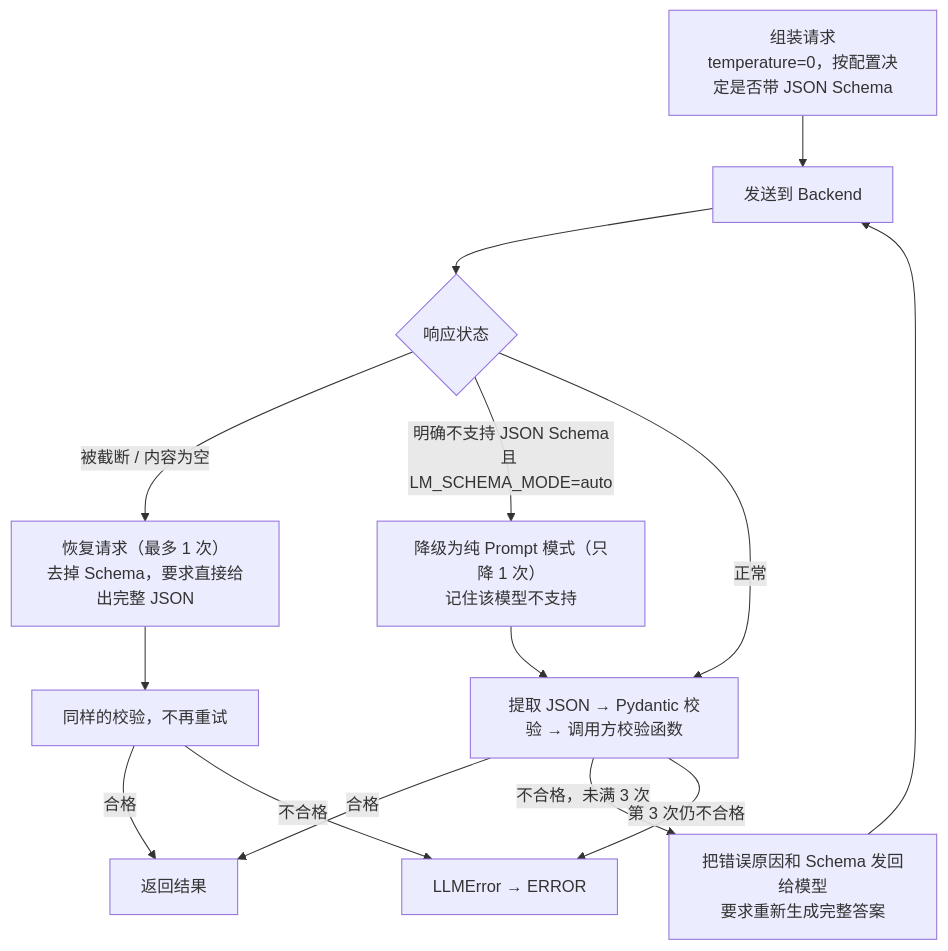
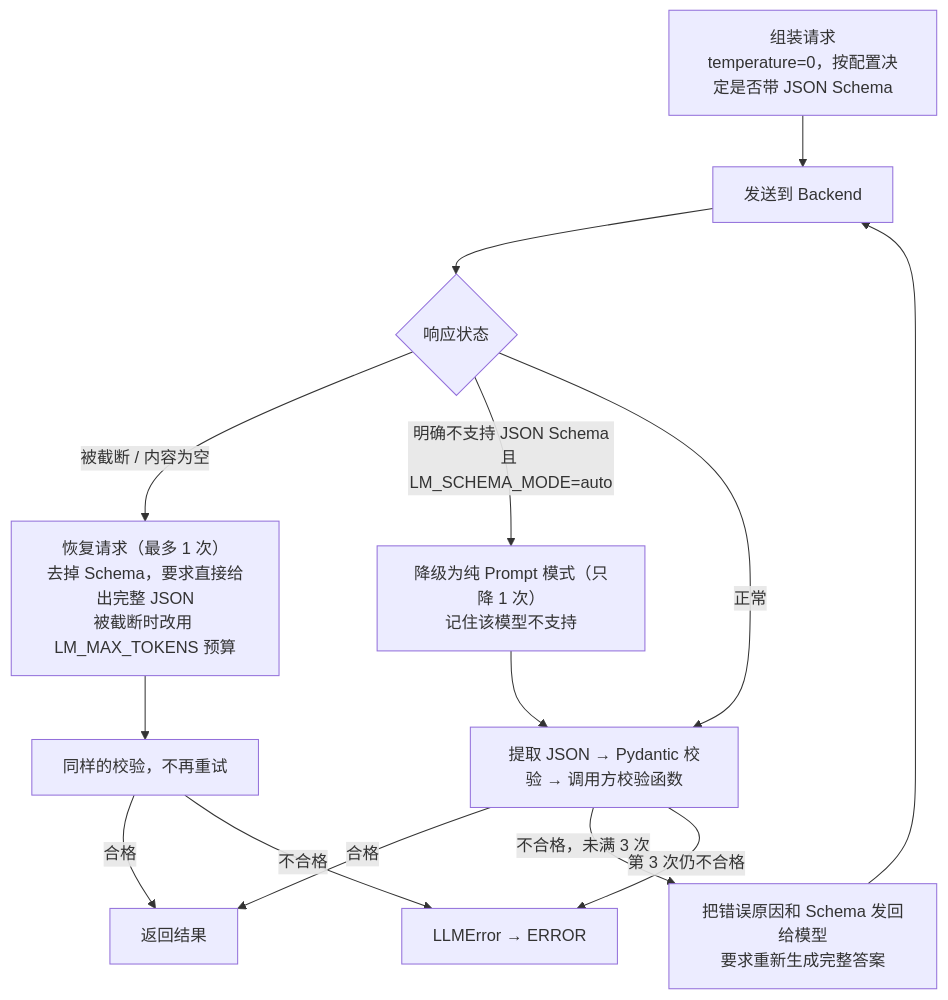
Before and after one commit to beijingrice/semantic-harness: the fifth of 5 diagrams in docs/architecture.md, drawn with Mermaid. The commit also changed other lines of this file and 5 other files, not shown here.

First line of the commit message:
Give the truncation-recovery request the global LM_MAX_TOKENS budget

````diff
--- a/docs/architecture.md
+++ b/docs/architecture.md
@@ -578,16 +578,16 @@
 ```mermaid
 flowchart TD
     REQ["组装请求<br/>temperature=0，按配置决定是否带 JSON Schema"] --> SEND["发送到 Backend"]
     SEND --> RESP{"响应状态"}
-    RESP -- "被截断 / 内容为空" --> REC["恢复请求（最多 1 次）<br/>去掉 Schema，要求直接给出完整 JSON"]
+    RESP -- "被截断 / 内容为空" --> REC["恢复请求（最多 1 次）<br/>去掉 Schema，要求直接给出完整 JSON<br/>被截断时改用 LM_MAX_TOKENS 预算"]
     RESP -- "明确不支持 JSON Schema<br/>且 LM_SCHEMA_MODE=auto" --> DOWN["降级为纯 Prompt 模式（只降 1 次）<br/>记住该模型不支持"]
     RESP -- 正常 --> PARSE["提取 JSON → Pydantic 校验 → 调用方校验函数"]
     DOWN --> PARSE
     REC --> PARSE2["同样的校验，不再重试"]
     PARSE -- 合格 --> OK["返回结果"]
     PARSE2 -- 合格 --> OK
     PARSE -- "不合格，未满 3 次" --> FIX["把错误原因和 Schema 发回给模型<br/>要求重新生成完整答案"]
     FIX --> SEND
     PARSE -- "第 3 次仍不合格" --> ERR["LLMError → ERROR"]
     PARSE2 -- 不合格 --> ERR
 ```
````
